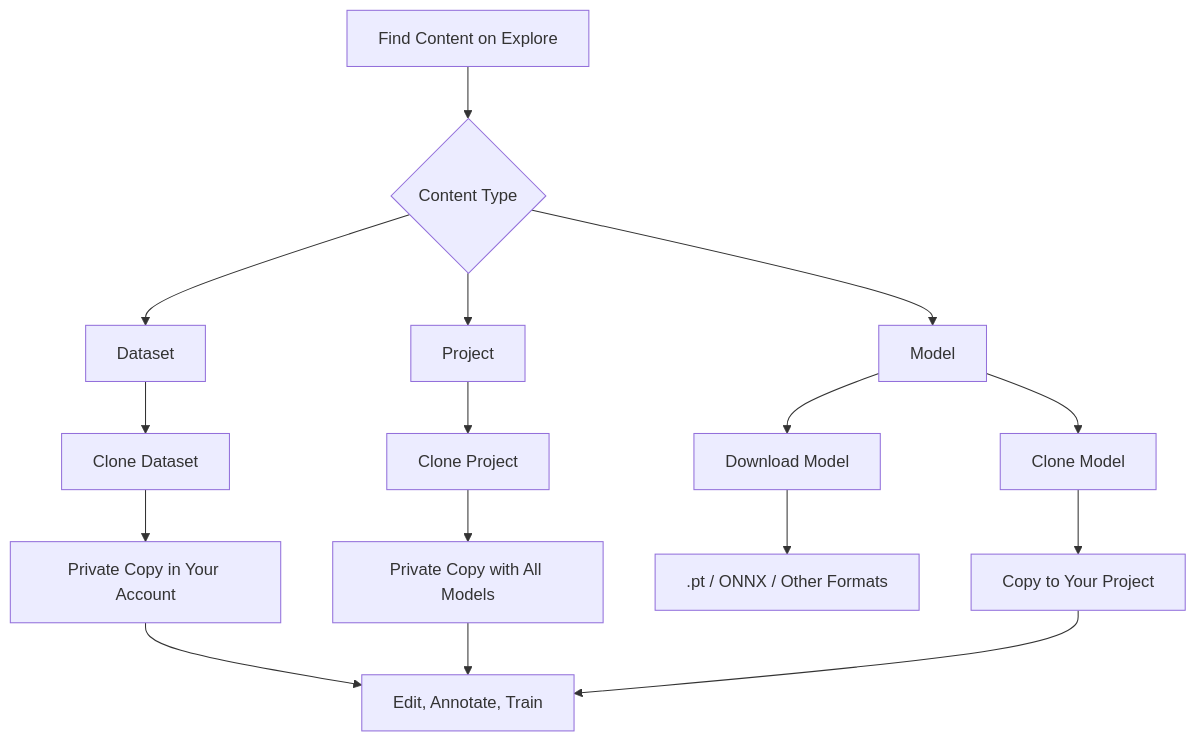
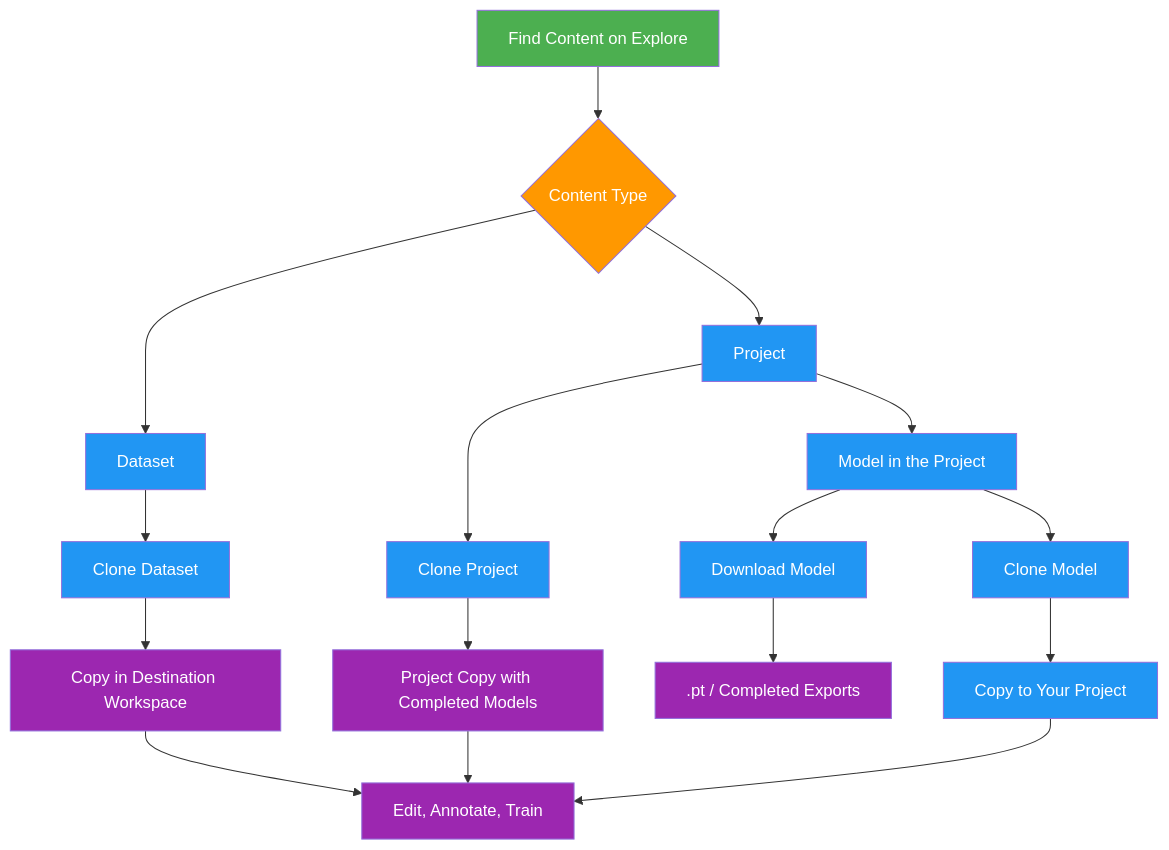
Before and after one commit to KATe-AGI/Embodied_VG: the second of 3 diagrams in ultralytics/docs/en/platform/explore.md, drawn with Mermaid. The commit also changed other lines of this file and 980 other files, not shown here.

````diff
--- a/ultralytics/docs/en/platform/explore.md
+++ b/ultralytics/docs/en/platform/explore.md
@@ -112,18 +141,23 @@
 ```mermaid
 graph TD
-    A[Find Content on Explore] --> B{Content Type}
-    B --> C[Dataset]
-    B --> D[Project]
-    B --> E[Model]
-    C --> F[Clone Dataset]
-    D --> G[Clone Project]
-    E --> H[Download Model]
-    E --> I[Clone Model]
-    F --> J[Private Copy in Your Account]
-    G --> K[Private Copy with All Models]
-    H --> L[.pt / ONNX / Other Formats]
-    I --> M[Copy to Your Project]
-    J --> N[Edit, Annotate, Train]
+    A[Find Content on Explore]:::start --> B{Content Type}:::decide
+    B --> C[Dataset]:::proc
+    B --> D[Project]:::proc
+    D --> E[Model in the Project]:::proc
+    C --> F[Clone Dataset]:::proc
+    D --> G[Clone Project]:::proc
+    E --> H[Download Model]:::proc
+    E --> I[Clone Model]:::proc
+    F --> J[Copy in Destination Workspace]:::out
+    G --> K[Project Copy with Completed Models]:::out
+    H --> L[.pt / Completed Exports]:::out
+    I --> M[Copy to Your Project]:::proc
+    J --> N[Edit, Annotate, Train]:::out
     K --> N
     M --> N
+
+    classDef start fill:#4CAF50,color:#fff
+    classDef proc fill:#2196F3,color:#fff
+    classDef decide fill:#FF9800,color:#fff
+    classDef out fill:#9C27B0,color:#fff
 ```
````
